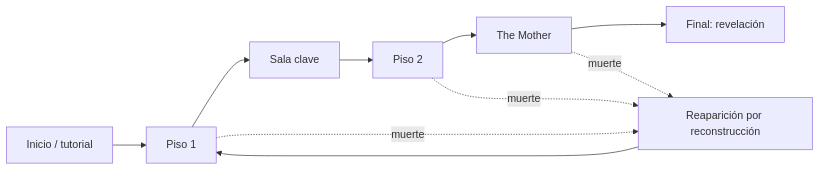
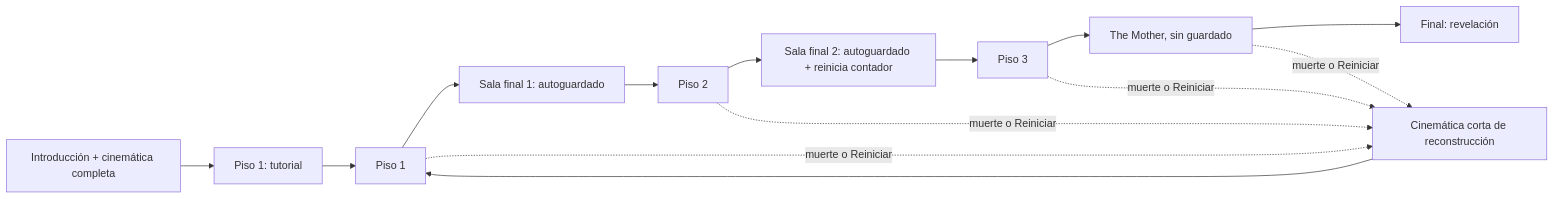
One commit to ChristianC720/survivalHorror-Demo changed the diagram in GDD/02 - Diseño/05 - Progresión.md. Above: the diagram before and after it, drawn with Mermaid. The commit also changed other lines of this file and 23 other files, not shown here.

````diff
--- a/GDD/02 - Diseño/05 - Progresión.md
+++ b/GDD/02 - Diseño/05 - Progresión.md
@@ -24,12 +39,13 @@
 ```mermaid
 flowchart LR
-    I[Inicio / tutorial] --> P1[Piso 1]
-    P1 --> K[Sala clave]
-    K --> P2[Piso 2]
-    P2 --> M[The Mother]
+    I[Introducción + cinemática completa] --> T[Piso 1: tutorial]
+    T --> P1[Piso 1]
+    P1 --> F1[Sala final 1: autoguardado]
+    F1 --> P2[Piso 2]
+    P2 --> F2[Sala final 2: autoguardado + reinicia contador]
+    F2 --> P3[Piso 3]
+    P3 --> M[The Mother, sin guardado]
     M --> F[Final: revelación]
-    P1 -. muerte .-> R[Reaparición por reconstrucción]
-    P2 -. muerte .-> R
-    M -. muerte .-> R
+    P1 & P2 & P3 & M -. muerte o Reiniciar .-> R[Cinemática corta de reconstrucción]
     R --> P1
 ```
````
